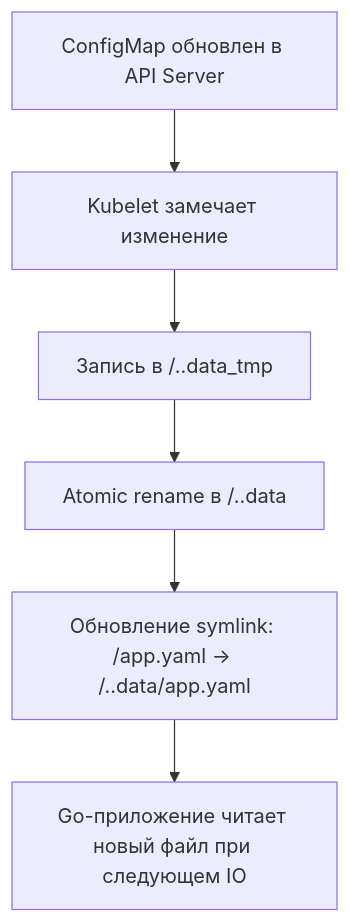
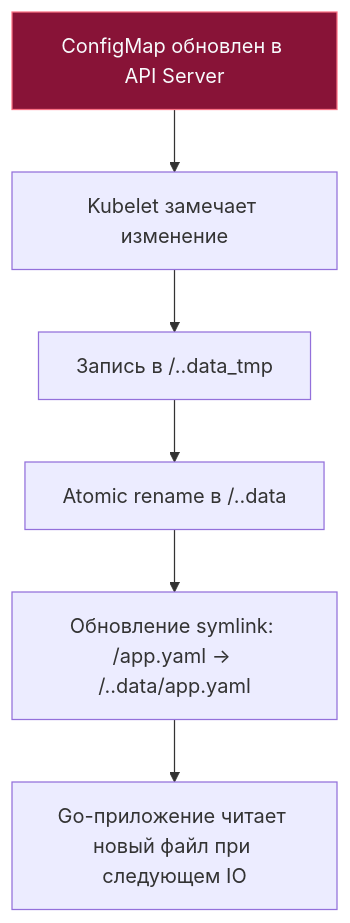
Before and after one commit to UnrealTemplier/go-textbook: the first of 2 diagrams in sources/19. Инфраструктура. Linux, nginx, Docker, Kubernetes/04. Kubernetes/3. ConfigMap и Secret.md, drawn with Mermaid. The commit also changed other lines of this file and 1666 other files, not shown here.

First line of the commit message:
feat(mermaid): add semantic color classDef to 1369 colorless flowchart/graph diagrams

````diff
--- a/sources/19. Инфраструктура. Linux, nginx, Docker, Kubernetes/04. Kubernetes/3. ConfigMap и Secret.md
+++ b/sources/19. Инфраструктура. Linux, nginx, Docker, Kubernetes/04. Kubernetes/3. ConfigMap и Secret.md
@@ -85,8 +85,18 @@
 ```mermaid
 flowchart TD
-    A["ConfigMap обновлен в API Server"] --> B["Kubelet замечает изменение"]
+    classDef process  fill:#1e293b,stroke:#38bdf8,stroke-width:1px,color:#f8fafc
+    classDef success  fill:#064e3b,stroke:#34d399,stroke-width:1px,color:#f8fafc
+    classDef error    fill:#7f1d1d,stroke:#f87171,stroke-width:1px,color:#f8fafc
+    classDef warning  fill:#78350f,stroke:#fbbf24,stroke-width:1px,color:#f8fafc
+    classDef entry    fill:#1e3a5f,stroke:#38bdf8,stroke-width:2px,color:#f8fafc
+    classDef aux      fill:#334155,stroke:#64748b,stroke-width:1px,color:#f8fafc
+    classDef system   fill:#312e81,stroke:#a78bfa,stroke-width:1px,color:#f8fafc
+    classDef data     fill:#132d29,stroke:#2dd4bf,stroke-width:1px,color:#f8fafc
+    classDef network  fill:#881337,stroke:#fb7185,stroke-width:1px,color:#f8fafc
+    classDef accent   fill:#1e1b4b,stroke:#818cf8,stroke-width:1px,color:#f8fafc
+    A["ConfigMap обновлен в API Server"]:::network --> B["Kubelet замечает изменение"]
     B --> C["Запись в /..data_tmp"]
     C --> D["Atomic rename в /..data"]
     D --> E["Обновление symlink: /app.yaml -> /..data/app.yaml"]
     E --> F["Go-приложение читает новый файл при следующем IO"]
 ```
````
